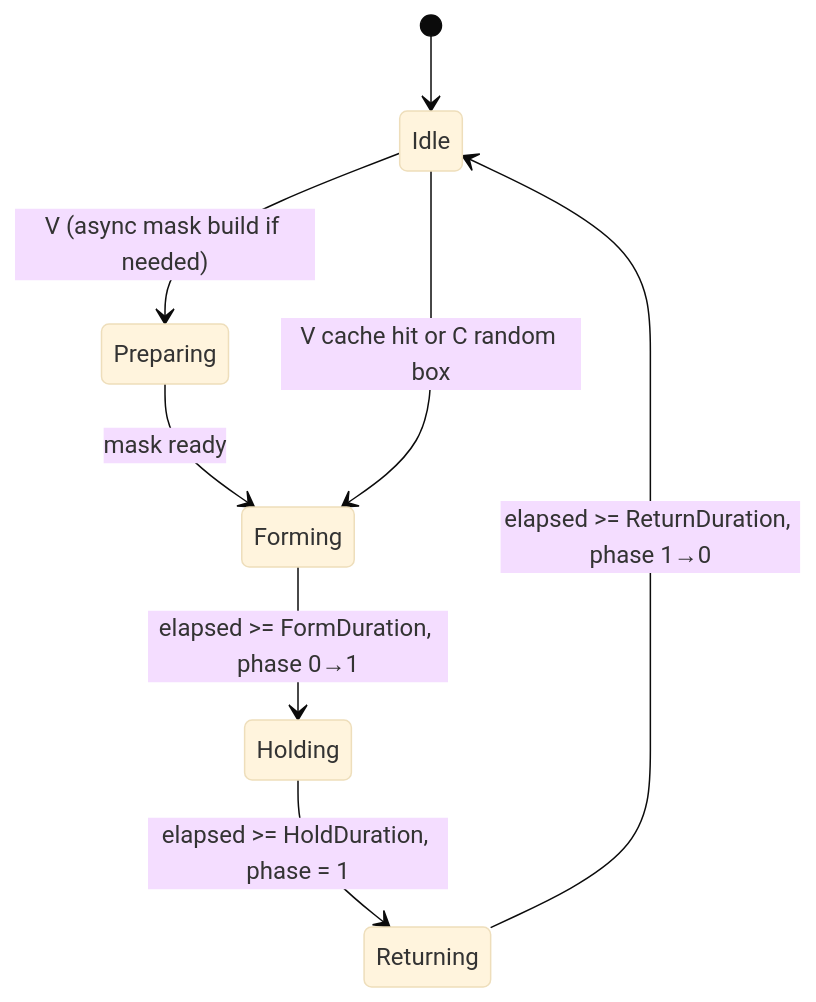
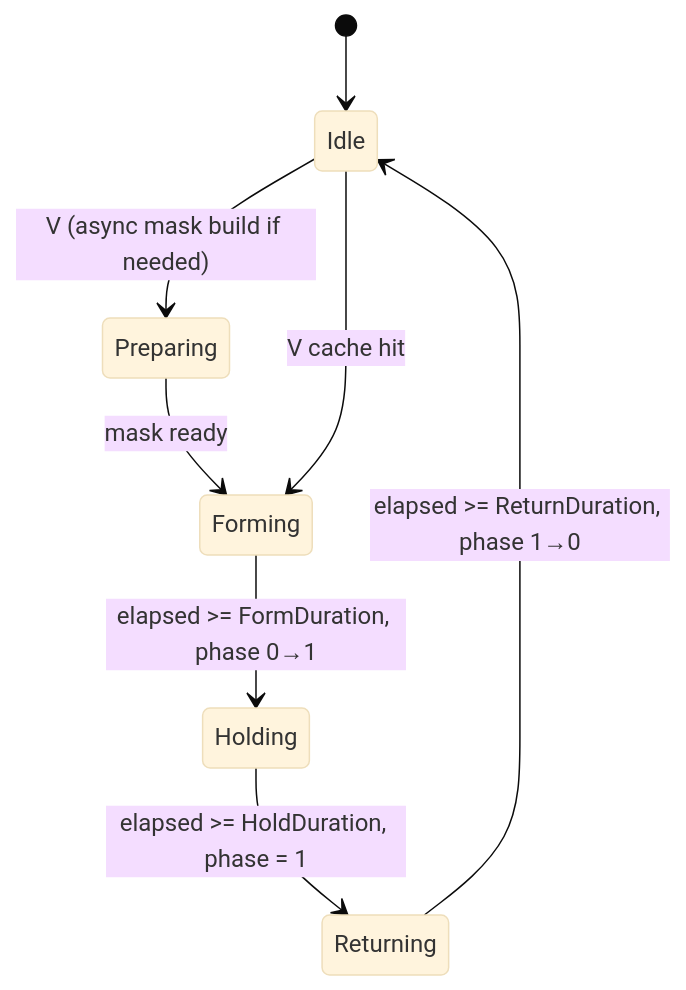
One commit to vecnode/metaagent-ue5-plugin changed the tenth of 14 diagrams in README.md. Above: the diagram before and after it, drawn with Mermaid (base theme). The commit also changed other lines of this file and 12 other files, not shown here.

Commit message:
Removing random box sculpt

````diff
--- a/README.md
+++ b/README.md
@@ -671,11 +763,11 @@
 ```mermaid
 stateDiagram-v2
     [*] --> Idle
     Idle --> Preparing: V (async mask build if needed)
     Preparing --> Forming: mask ready
-    Idle --> Forming: V cache hit or C random box
+    Idle --> Forming: V cache hit
     Forming --> Holding: elapsed >= FormDuration, phase 0→1
     Holding --> Returning: elapsed >= HoldDuration, phase = 1
     Returning --> Idle: elapsed >= ReturnDuration, phase 1→0
 
 ```
````
